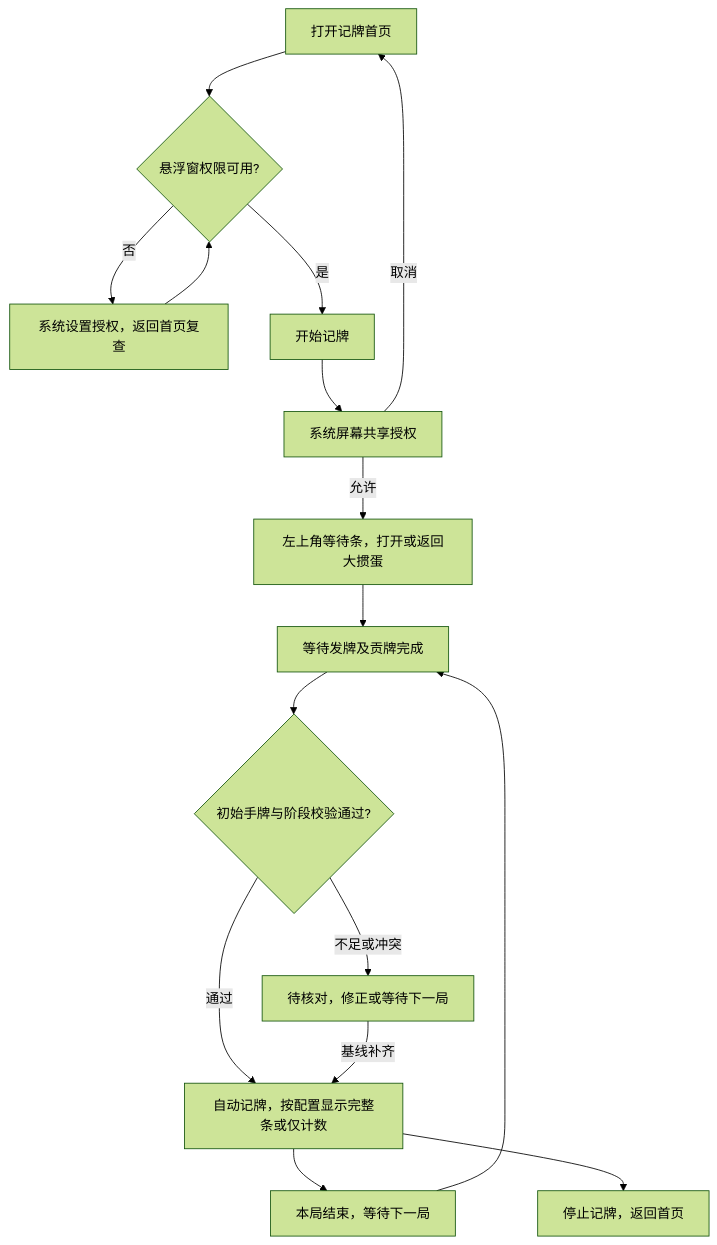
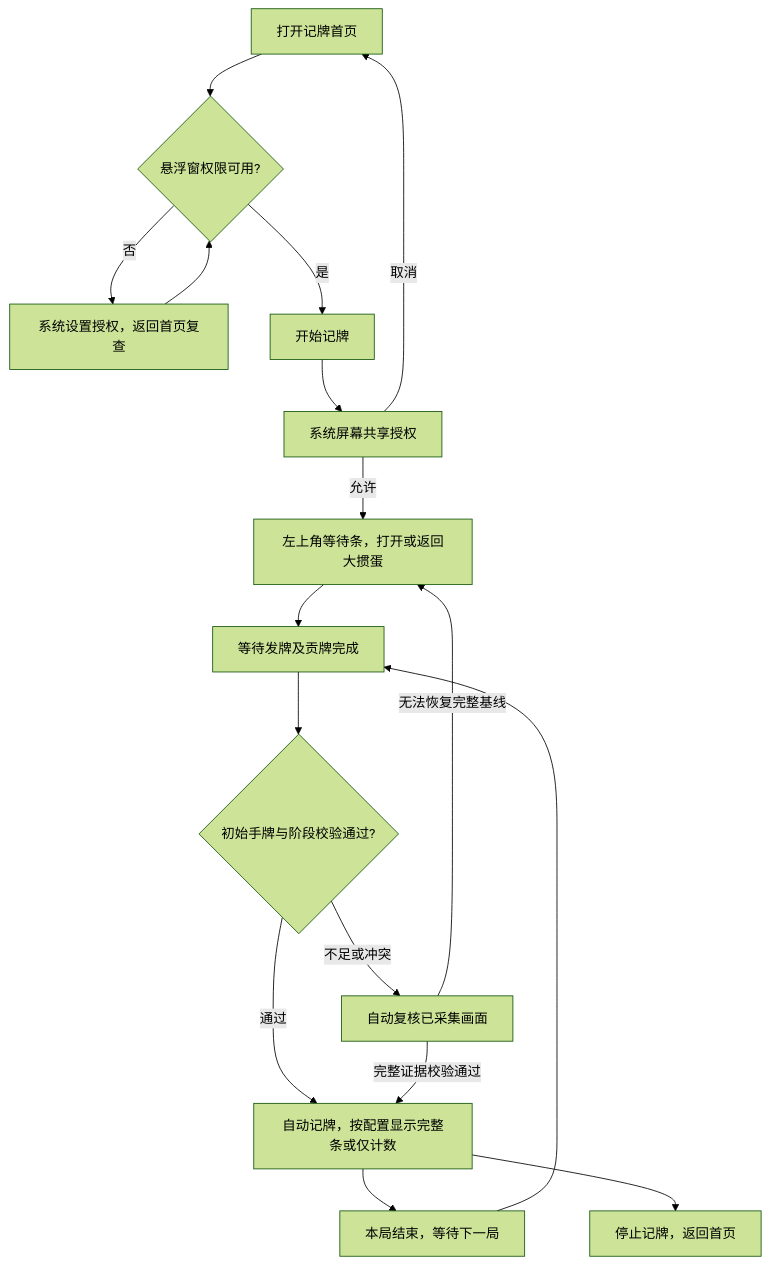
One commit to cyotun/JPQ changed the diagram in docs/design/PRD.md. Above: the diagram before and after it, drawn with Mermaid (forest theme). The commit also changed other lines of this file and 25 other files, not shown here.

````diff
--- a/docs/design/PRD.md
+++ b/docs/design/PRD.md
@@ -71,18 +73,19 @@
 ```mermaid
 flowchart TD
   H[打开记牌首页] --> P{悬浮窗权限可用?}
   P -->|否| A[系统设置授权，返回首页复查]
   A --> P
   P -->|是| S[开始记牌]
   S --> M[系统屏幕共享授权]
   M -->|取消| H
   M -->|允许| W[左上角等待条，打开或返回大掼蛋]
   W --> T[等待发牌及贡牌完成]
   T --> V{初始手牌与阶段校验通过?}
   V -->|通过| R[自动记牌，按配置显示完整条或仅计数]
-  V -->|不足或冲突| Q[待核对，修正或等待下一局]
-  Q -->|基线补齐| R
+  V -->|不足或冲突| Q[自动复核已采集画面]
+  Q -->|完整证据校验通过| R
+  Q -->|无法恢复完整基线| W
   R --> E[本局结束，等待下一局]
   E --> T
   R --> F[停止记牌，返回首页]
 ```
````
